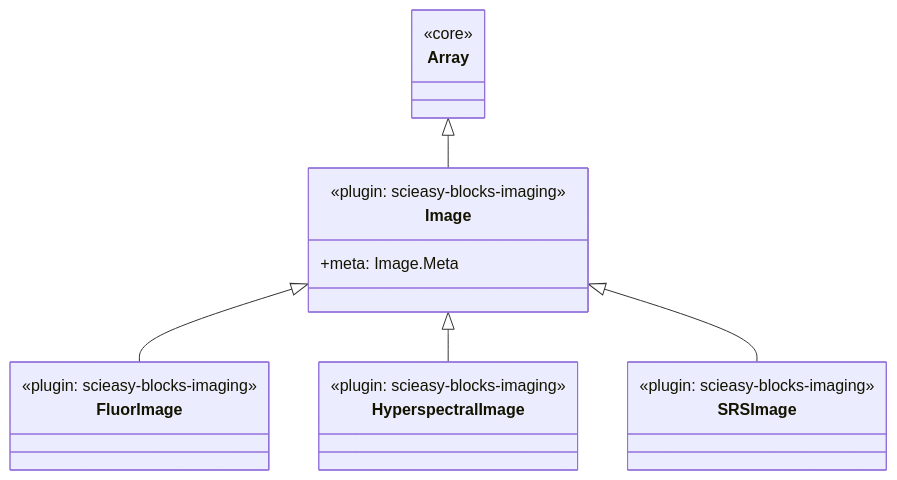
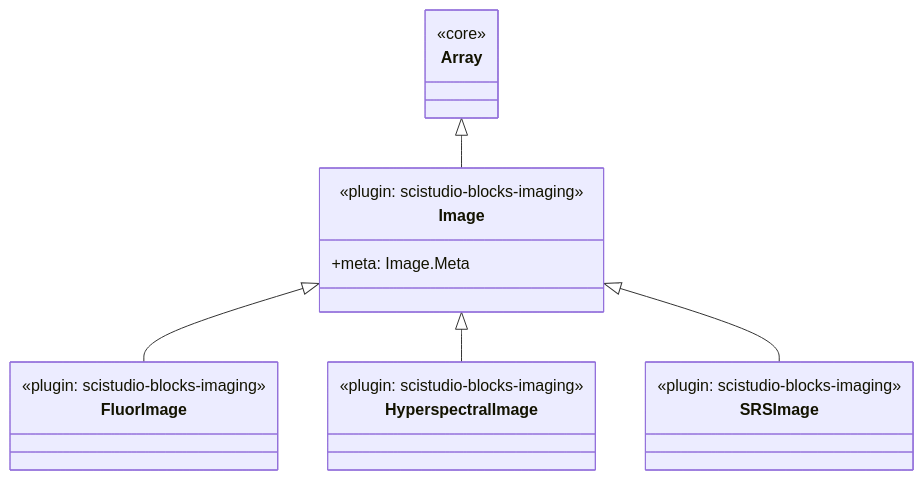
Before and after one commit to jiazhenz026/SciStudio: the second of 3 diagrams in docs/architecture/ARCHITECTURE_legacy.md, drawn with Mermaid. The commit also changed other lines of this file and 1194 other files, not shown here.

````diff
--- a/docs/architecture/ARCHITECTURE_legacy.md
+++ b/docs/architecture/ARCHITECTURE_legacy.md
@@ -206,24 +206,24 @@
 ```mermaid
 classDiagram
     class Array {
         <<core>>
     }
     class Image {
-        <<plugin: scieasy-blocks-imaging>>
+        <<plugin: scistudio-blocks-imaging>>
         +meta: Image.Meta
     }
     class FluorImage {
-        <<plugin: scieasy-blocks-imaging>>
+        <<plugin: scistudio-blocks-imaging>>
     }
     class HyperspectralImage {
-        <<plugin: scieasy-blocks-imaging>>
+        <<plugin: scistudio-blocks-imaging>>
     }
     class SRSImage {
-        <<plugin: scieasy-blocks-imaging>>
+        <<plugin: scistudio-blocks-imaging>>
     }
 
     Array <|-- Image
     Image <|-- FluorImage
     Image <|-- HyperspectralImage
     Image <|-- SRSImage
 ```
````
